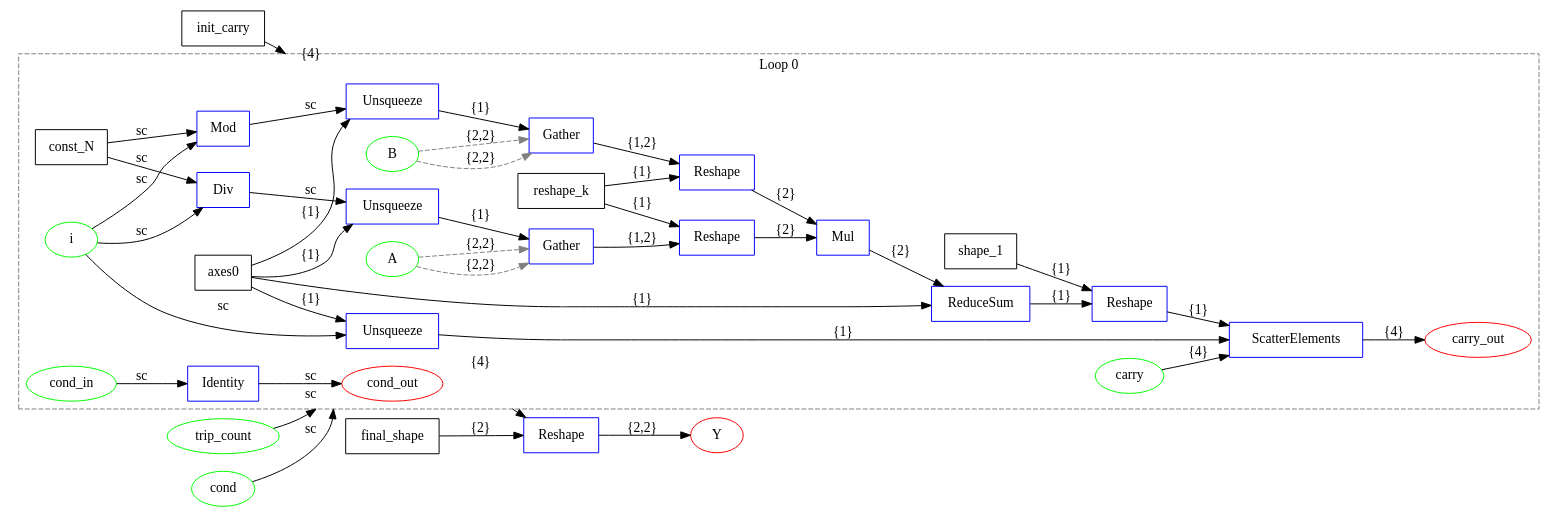
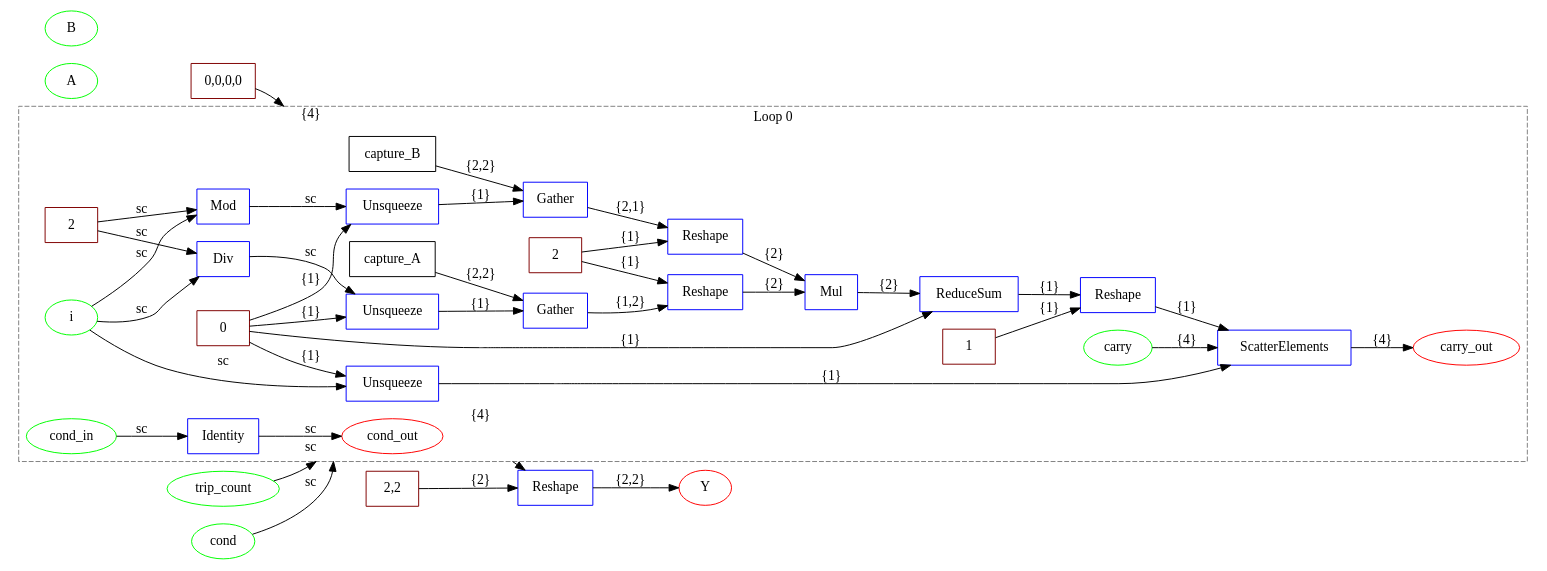
Before and after one commit to specs-feup/onnx-flow: the diagram in examples/onnx/matmul_decomposed.dot, drawn with Graphviz. The commit also changed 149 other files, not shown here.

```diff
--- a/examples/onnx/matmul_decomposed.dot
+++ b/examples/onnx/matmul_decomposed.dot
@@ -1,79 +1,79 @@
 digraph {
   graph [compound=true rankdir=LR];
-  init_carry [label=init_carry shape=box];
-  final_shape [label=final_shape shape=box];
+  init_carry [label="0,0,0,0" shape=box color=maroon];
+  final_shape [label="2,2" shape=box color=maroon];
   A [label=A shape=ellipse color=lime];
   B [label=B shape=ellipse color=lime];
   trip_count [label=trip_count shape=ellipse color=lime];
   cond [label=cond shape=ellipse color=lime];
   Y [label=Y shape=ellipse color=red];
   subgraph cluster_loop_0 {
     graph [compound=true rankdir=LR];
-    loop0_const_N [label=const_N shape=box];
-    loop0_axes0 [label=axes0 shape=box];
-    loop0_shape_1 [label=shape_1 shape=box];
-    loop0_reshape_k [label=reshape_k shape=box];
+    loop0_const_N [label=2 shape=box color=maroon];
+    loop0_axes0 [label=0 shape=box color=maroon];
+    loop0_shape_1 [label=1 shape=box color=maroon];
+    loop0_reshape_k [label=2 shape=box color=maroon];
     loop0_i [label=i shape=ellipse color=lime];
     loop0_cond_in [label=cond_in shape=ellipse color=lime];
     loop0_carry [label=carry shape=ellipse color=lime];
     loop0_cond_out [label=cond_out shape=ellipse color=red];
     loop0_carry_out [label=carry_out shape=ellipse color=red];
     loop0_0 [label=Unsqueeze shape=box color=blue];
     loop0_0 -> loop0_12 [label="{1}"];
     loop0_1 [label=Div shape=box color=blue];
     loop0_1 -> loop0_3 [label=sc];
     loop0_2 [label=Mod shape=box color=blue];
     loop0_2 -> loop0_4 [label=sc];
     loop0_3 [label=Unsqueeze shape=box color=blue];
     loop0_3 -> loop0_5 [label="{1}"];
     loop0_4 [label=Unsqueeze shape=box color=blue];
     loop0_4 -> loop0_7 [label="{1}"];
+    loop0_capture_A [label=capture_A shape=box];
     loop0_5 [label=Gather shape=box color=blue];
-    A -> loop0_5 [label="{2,2}" style=dashed color=gray];
     loop0_5 -> loop0_6 [label="{1,2}"];
     loop0_6 [label=Reshape shape=box color=blue];
     loop0_6 -> loop0_9 [label="{2}"];
+    loop0_capture_B [label=capture_B shape=box];
     loop0_7 [label=Gather shape=box color=blue];
-    B -> loop0_7 [label="{2,2}" style=dashed color=gray];
-    loop0_7 -> loop0_8 [label="{1,2}"];
+    loop0_7 -> loop0_8 [label="{2,1}"];
     loop0_8 [label=Reshape shape=box color=blue];
     loop0_8 -> loop0_9 [label="{2}"];
     loop0_9 [label=Mul shape=box color=blue];
     loop0_9 -> loop0_10 [label="{2}"];
     loop0_10 [label=ReduceSum shape=box color=blue];
     loop0_10 -> loop0_11 [label="{1}"];
     loop0_11 [label=Reshape shape=box color=blue];
     loop0_11 -> loop0_12 [label="{1}"];
     loop0_12 [label=ScatterElements shape=box color=blue];
     loop0_13 [label=Identity shape=box color=blue];
     loop0_i -> loop0_0 [label=sc];
     loop0_axes0 -> loop0_0 [label="{1}"];
     loop0_12 -> loop0_carry_out [label="{4}"];
     loop0_i -> loop0_1 [label=sc];
     loop0_const_N -> loop0_1 [label=sc];
     loop0_i -> loop0_2 [label=sc];
     loop0_const_N -> loop0_2 [label=sc];
     loop0_axes0 -> loop0_3 [label="{1}"];
     loop0_axes0 -> loop0_4 [label="{1}"];
+    loop0_capture_A -> loop0_5 [label="{2,2}"];
     loop0_reshape_k -> loop0_6 [label="{1}"];
+    loop0_capture_B -> loop0_7 [label="{2,2}"];
     loop0_reshape_k -> loop0_8 [label="{1}"];
     loop0_axes0 -> loop0_10 [label="{1}"];
     loop0_shape_1 -> loop0_11 [label="{1}"];
     loop0_carry -> loop0_12 [label="{4}"];
     loop0_cond_in -> loop0_13 [label=sc];
     loop0_13 -> loop0_cond_out [label=sc];
-    A -> loop0_5 [style=dashed color=gray label="{2,2}"];
-    B -> loop0_7 [style=dashed color=gray label="{2,2}"];
     graph [label="Loop 0"];
     graph [style=dashed];
     graph [color=gray];
   }
 
   loop0_0 -> 1 [label="{4}" ltail=cluster_loop_0];
   1 [label=Reshape shape=box color=blue];
   trip_count -> loop0_0 [label=sc lhead=cluster_loop_0];
   cond -> loop0_0 [label=sc lhead=cluster_loop_0];
   init_carry -> loop0_0 [label="{4}" lhead=cluster_loop_0];
   final_shape -> 1 [label="{2}"];
   1 -> Y [label="{2,2}"];
 }
```
